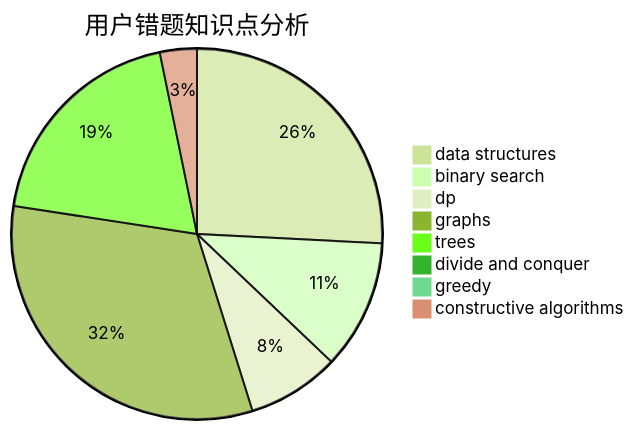
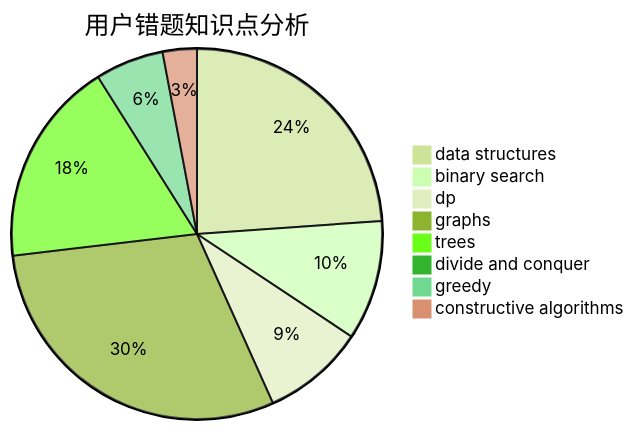
Before and after one commit to sherpahu/cfrs.github.io: the third of 3 diagrams in docs/user/u1404.md, drawn with Mermaid (forest theme). The commit also changed other lines of this file and 2770 other files, not shown here.

````diff
--- a/docs/user/u1404.md
+++ b/docs/user/u1404.md
@@ -36,11 +36,11 @@
 ```mermaid
 pie title 用户错题知识点分析
     "data structures" :  16
     "binary search" :  7
-    "dp" :  5
+    "dp" :  6
     "graphs" :  20
     "trees" :  12
     "divide and conquer" :  0
-    "greedy" :  0
+    "greedy" :  4
     "constructive algorithms" :  2
 ```
````
